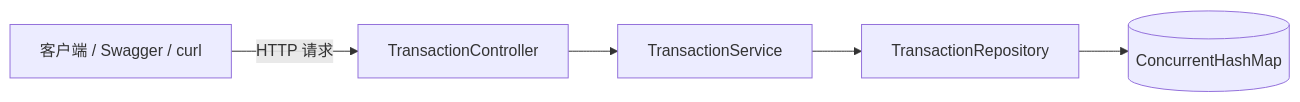
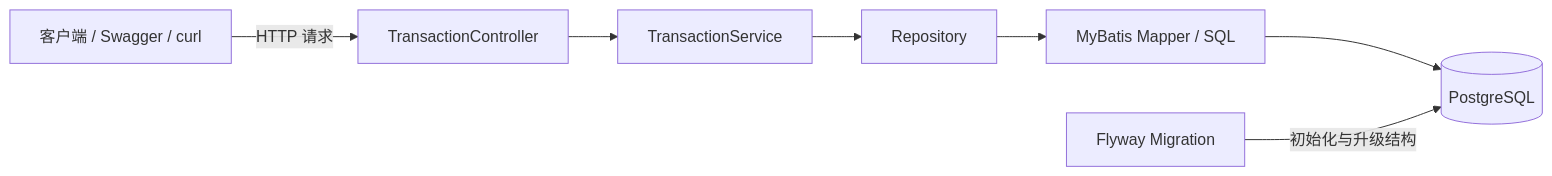
One commit to Bob998/transaction-service changed the diagram in README.md. Above: the diagram before and after it, drawn with Mermaid. The commit also changed other lines of this file and 36 other files, not shown here.

````diff
--- a/README.md
+++ b/README.md
@@ -85,13 +125,17 @@
 ```mermaid
 flowchart LR
     Client[客户端 / Swagger / curl]
     Controller[TransactionController]
     Service[TransactionService]
-    Repository[TransactionRepository]
-    Memory[(ConcurrentHashMap)]
+    Repository[Repository]
+    Mapper[MyBatis Mapper / SQL]
+    Database[(PostgreSQL)]
+    Flyway[Flyway Migration]
 
     Client -->|HTTP 请求| Controller
     Controller --> Service
     Service --> Repository
-    Repository --> Memory
+    Repository --> Mapper
+    Mapper --> Database
+    Flyway -->|初始化与升级结构| Database
 ```
````
